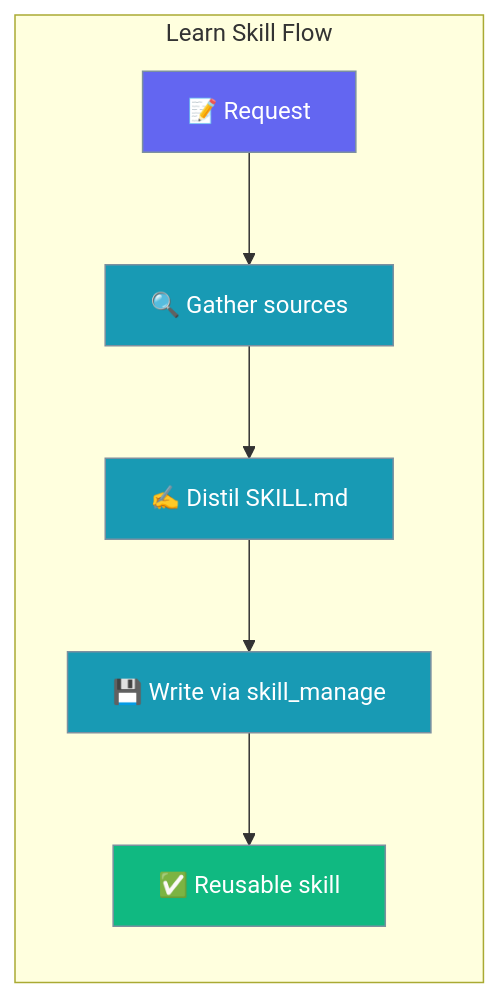
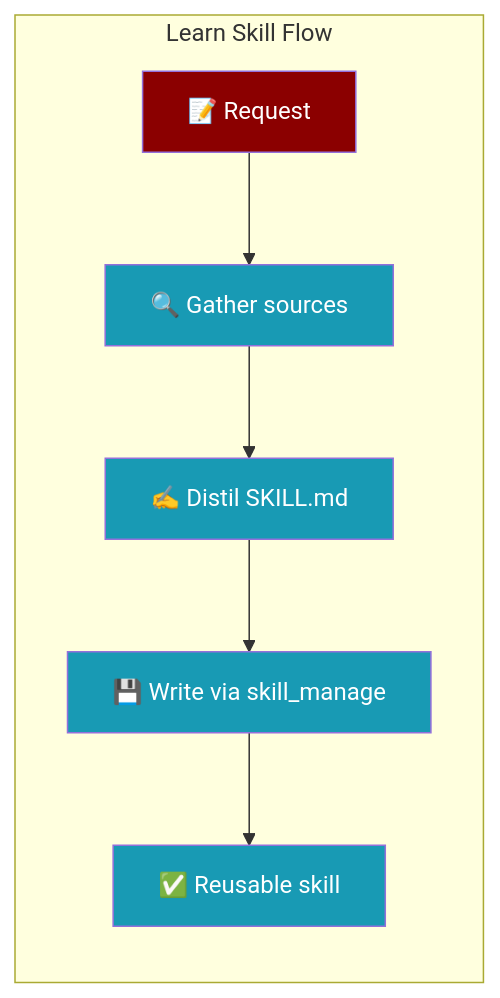
One commit to MervinPraison/PraisonAIDocs changed the first of 2 diagrams in docs/features/agent-learn-skill.mdx. Above: the diagram before and after it, drawn with Mermaid. The commit also changed 24 other files, not shown here.

````diff
--- a/docs/features/agent-learn-skill.mdx
+++ b/docs/features/agent-learn-skill.mdx
@@ -10,17 +10,15 @@
 ```mermaid
 graph LR
     subgraph "Learn Skill Flow"
         R[📝 Request] --> G[🔍 Gather sources]
         G --> D[✍️ Distil SKILL.md]
         D --> W[💾 Write via skill_manage]
         W --> S[✅ Reusable skill]
     end
 
-    classDef input fill:#6366F1,stroke:#7C90A0,color:#fff
-    classDef process fill:#189AB4,stroke:#7C90A0,color:#fff
-    classDef output fill:#10B981,stroke:#7C90A0,color:#fff
+    classDef agent fill:#8B0000,color:#fff
+    classDef tool fill:#189AB4,color:#fff
 
-    class R input
-    class G,D,W process
-    class S output
+    class R agent
+    class G,D,W,S tool
 ```
````
